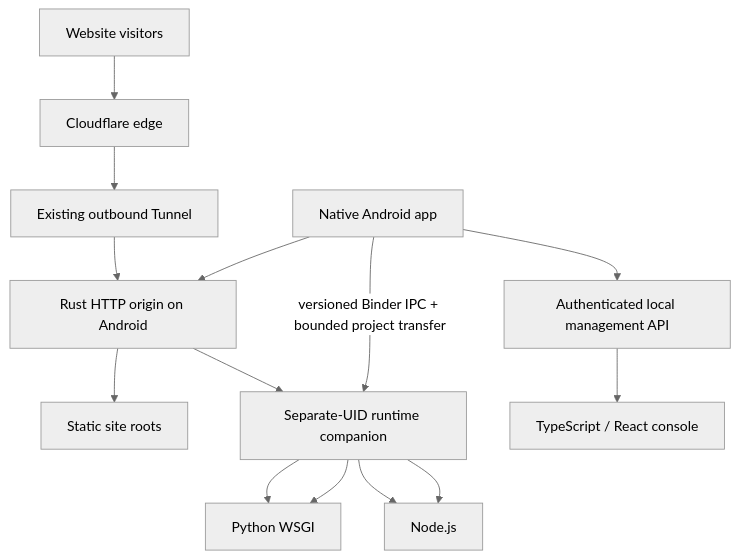
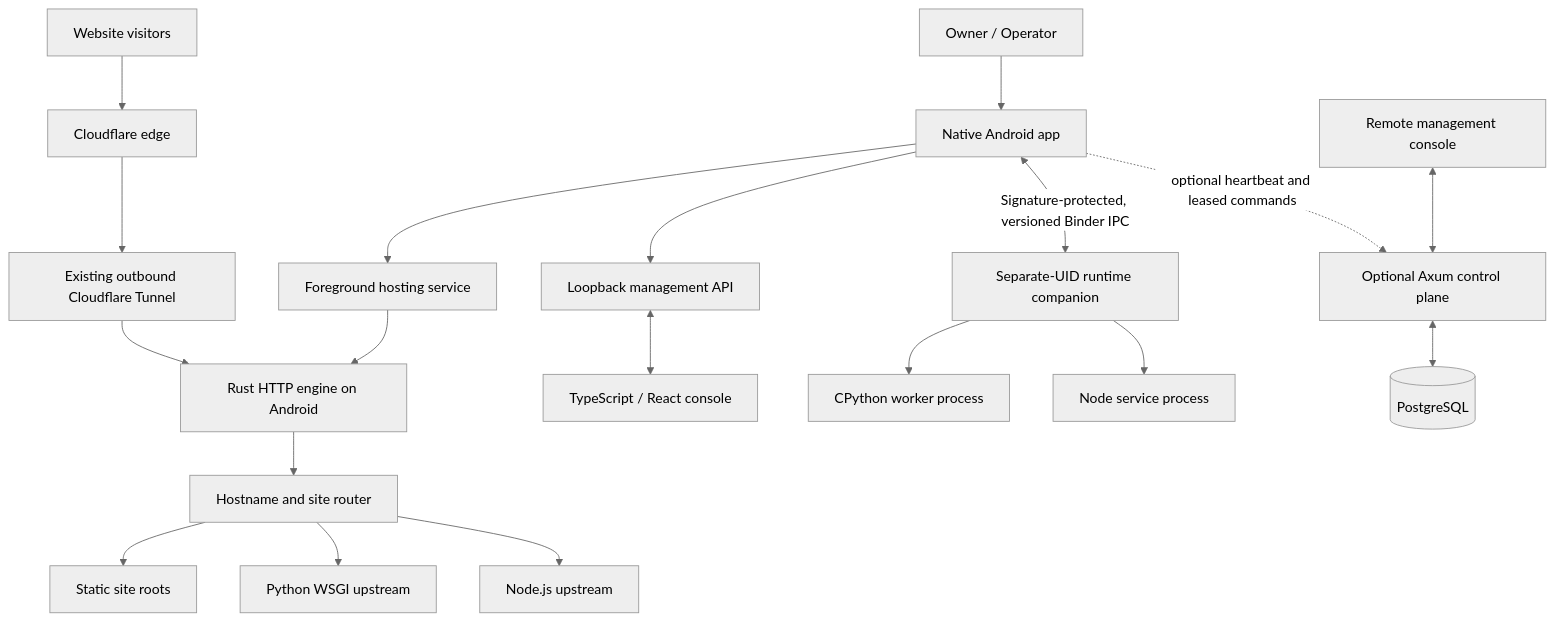
Before and after one commit to AssayFlux/PocketHost: the diagram in README.md, drawn with Mermaid (neutral theme). The commit also changed other lines of this file, not shown here.

Commit message:
Rewrite README as complete Pocket Host architecture and engineering guide

````diff
--- a/README.md
+++ b/README.md
@@ -60,16 +91,24 @@
 ```mermaid
-flowchart TD
-  V[Website visitors] --> CF[Cloudflare edge]
-  CF --> T[Existing outbound Tunnel]
-  T --> R[Rust HTTP origin on Android]
-  R --> S[Static site roots]
-  R --> W[Companion loopback upstreams]
-  W --> P[Python WSGI]
-  W --> N[Node.js]
-  A[Native Android app] --> R
-  A --> M[Authenticated local management API]
-  M --> C[TypeScript / React console]
-  A -->|versioned Binder IPC + bounded project transfer| W[Separate-UID runtime companion]
-  W --> P
-  W --> N
+flowchart TB
+    Visitor[Website visitors] --> Edge[Cloudflare edge]
+    Edge --> Tunnel[Existing outbound Cloudflare Tunnel]
+    Tunnel --> Rust[Rust HTTP engine on Android]
+    Rust --> Router[Hostname and site router]
+    Router --> Static[Static site roots]
+    Router --> Python[Python WSGI upstream]
+    Router --> Node[Node.js upstream]
+
+    Owner[Owner / Operator] --> Android[Native Android app]
+    Android --> Service[Foreground hosting service]
+    Service --> Rust
+    Android --> API[Loopback management API]
+    API <--> Console[TypeScript / React console]
+
+    Android <-->|Signature-protected, versioned Binder IPC| Companion[Separate-UID runtime companion]
+    Companion --> PyWorker[CPython worker process]
+    Companion --> NodeWorker[Node service process]
+
+    Android -. optional heartbeat and leased commands .-> Control[Optional Axum control plane]
+    Control <--> DB[(PostgreSQL)]
+    Admin[Remote management console] <--> Control
 ```
````
